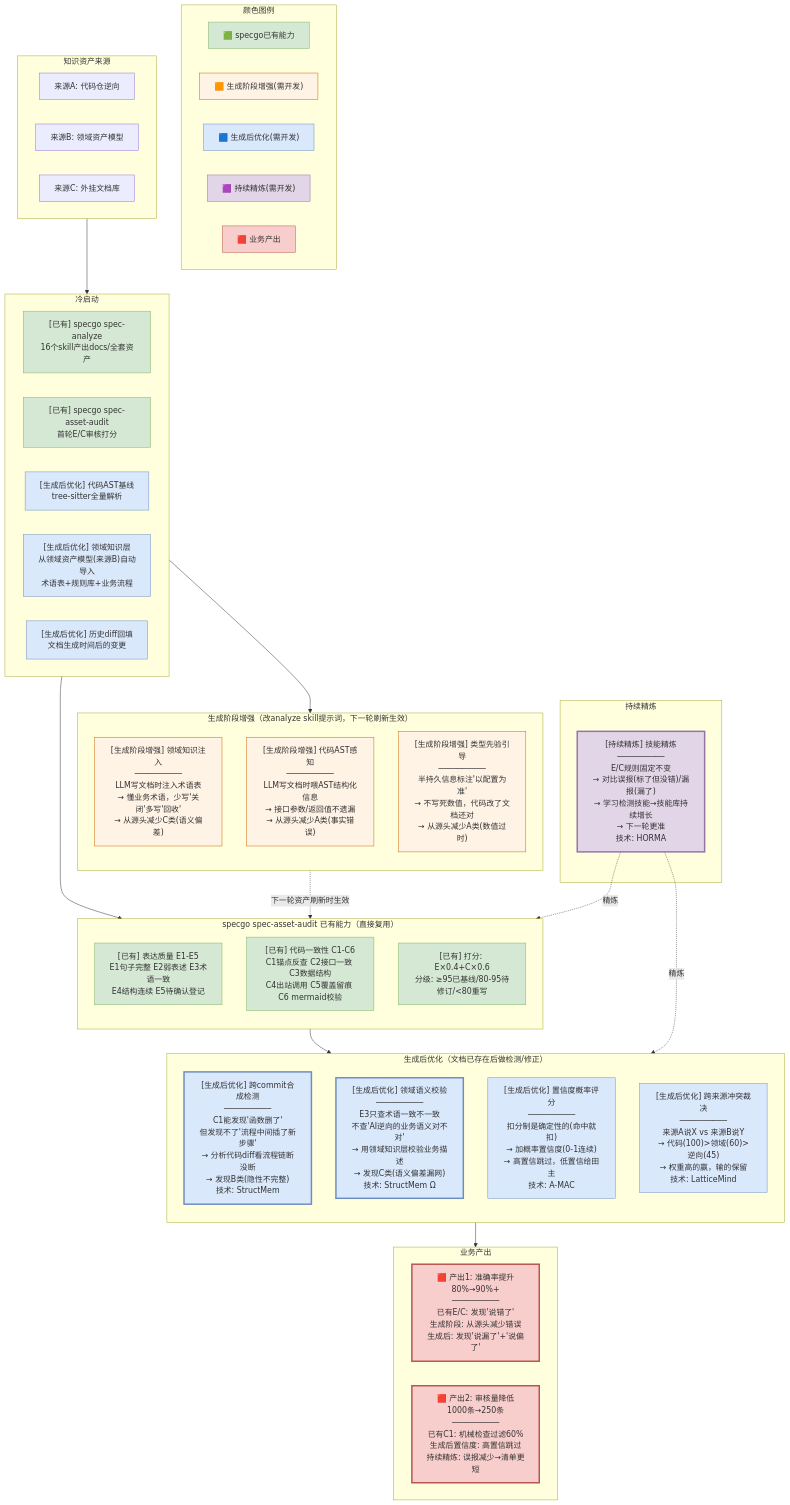
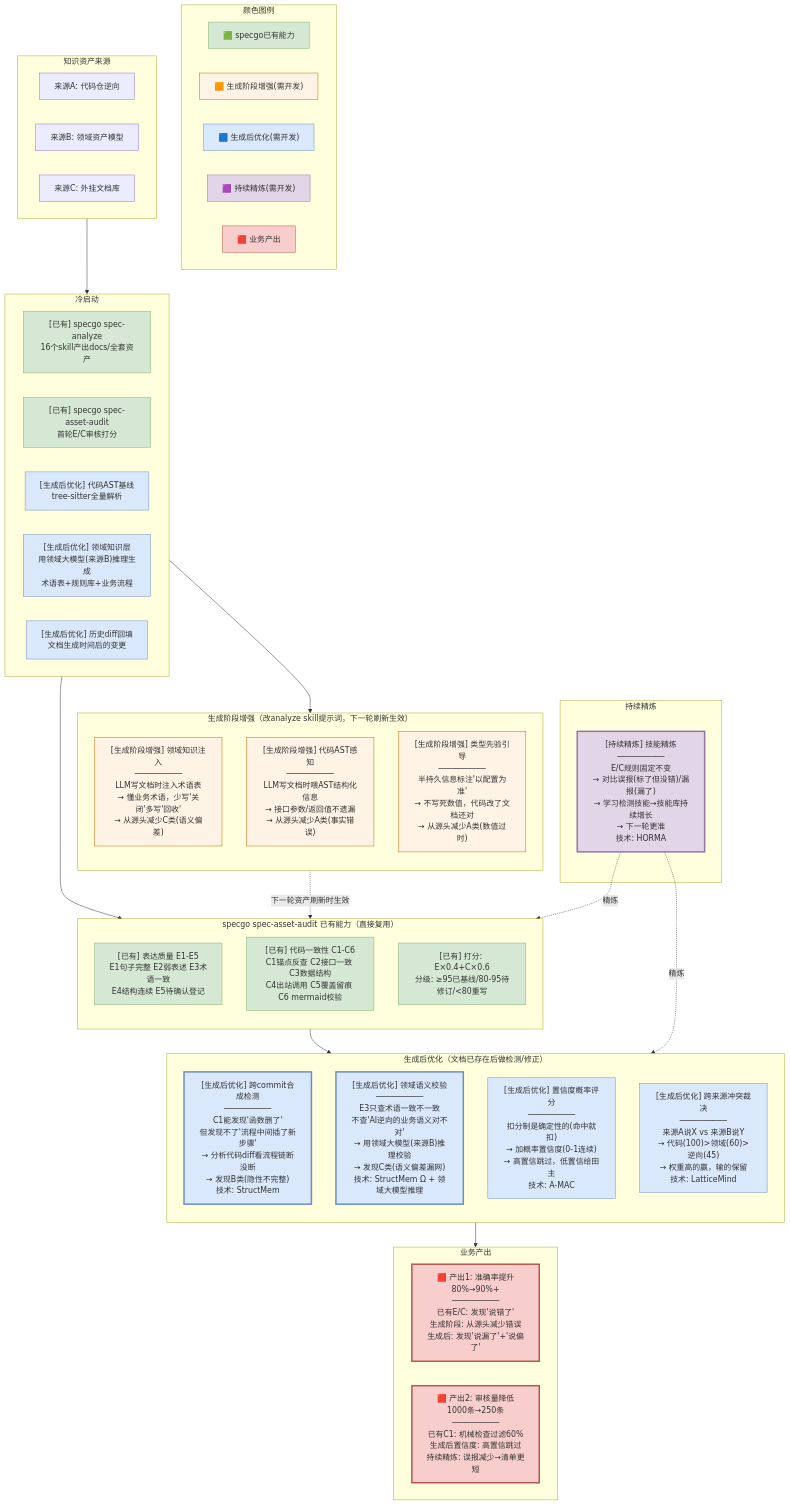
The first of 2 diagrams in POC/存量知识资产治理完整解决方案.md (hututuxinyu/Memory), drawn with Mermaid before and after one commit. The commit also changed other lines of this file, not shown here.

```diff
--- a/POC/存量知识资产治理完整解决方案.md
+++ b/POC/存量知识资产治理完整解决方案.md
@@ -41,7 +41,7 @@
         CS1["[已有] specgo spec-analyze<br/>16个skill产出docs/全套资产"]
         CS2["[已有] specgo spec-asset-audit<br/>首轮E/C审核打分"]
         CS3["[生成后优化] 代码AST基线<br/>tree-sitter全量解析"]
-        CS4["[生成后优化] 领域知识层<br/>从领域资产模型(来源B)自动导入<br/>术语表+规则库+业务流程"]
+        CS4["[生成后优化] 领域知识层<br/>用领域大模型(来源B)推理生成<br/>术语表+规则库+业务流程"]
         CS5["[生成后优化] 历史diff回填<br/>文档生成时间后的变更"]
     end
 
@@ -62,7 +62,7 @@
     subgraph PostPhase["生成后优化（文档已存在后做检测/修正）"]
         direction TB
         P1["[生成后优化] 跨commit合成检测<br/>──────────<br/>C1能发现'函数删了'<br/>但发现不了'流程中间插了新步骤'<br/>→ 分析代码diff看流程链断没断<br/>→ 发现B类(隐性不完整)<br/>技术: StructMem"]
-        P2["[生成后优化] 领域语义校验<br/>──────────<br/>E3只查术语一致不一致<br/>不查'AI逆向的业务语义对不对'<br/>→ 用领域知识层校验业务描述<br/>→ 发现C类(语义偏差漏网)<br/>技术: StructMem Ω"]
+        P2["[生成后优化] 领域语义校验<br/>──────────<br/>E3只查术语一致不一致<br/>不查'AI逆向的业务语义对不对'<br/>→ 用领域大模型(来源B)推理校验<br/>→ 发现C类(语义偏差漏网)<br/>技术: StructMem Ω + 领域大模型推理"]
         P3["[生成后优化] 置信度概率评分<br/>──────────<br/>扣分制是确定性的(命中就扣)<br/>→ 加概率置信度(0-1连续)<br/>→ 高置信跳过，低置信给田主<br/>技术: A-MAC"]
         P4["[生成后优化] 跨来源冲突裁决<br/>──────────<br/>来源A说X vs 来源B说Y<br/>→ 代码(100)>领域(60)>逆向(45)<br/>→ 权重高的赢，输的保留<br/>技术: LatticeMind"]
     end
```
